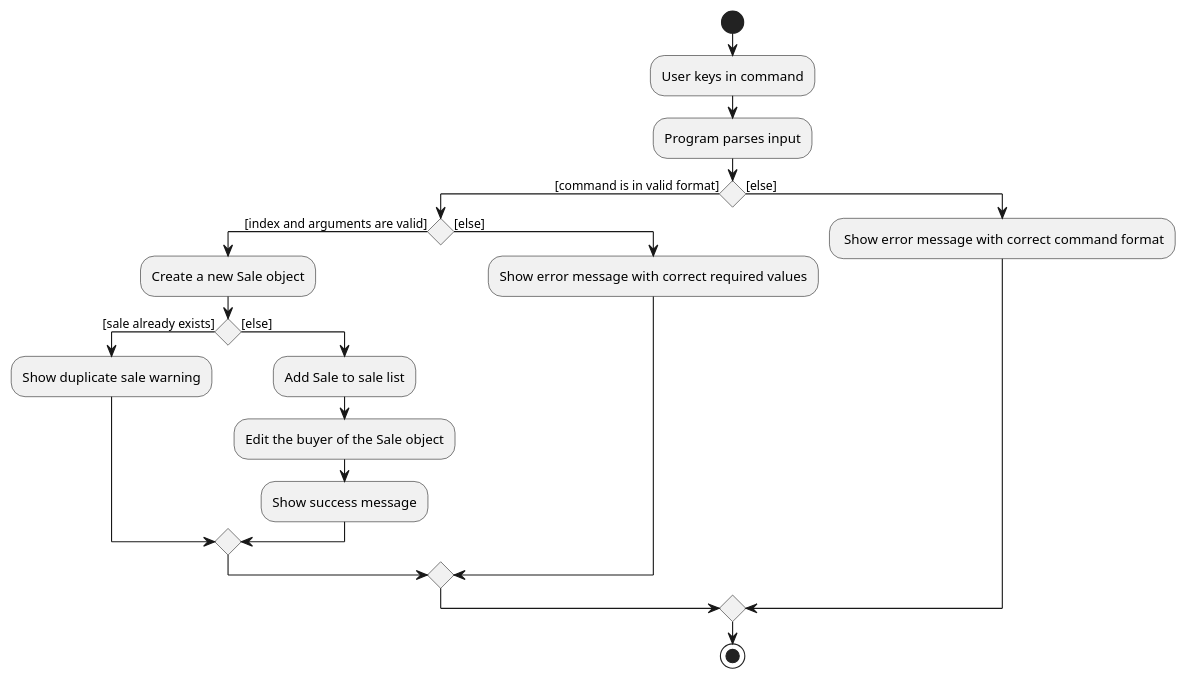
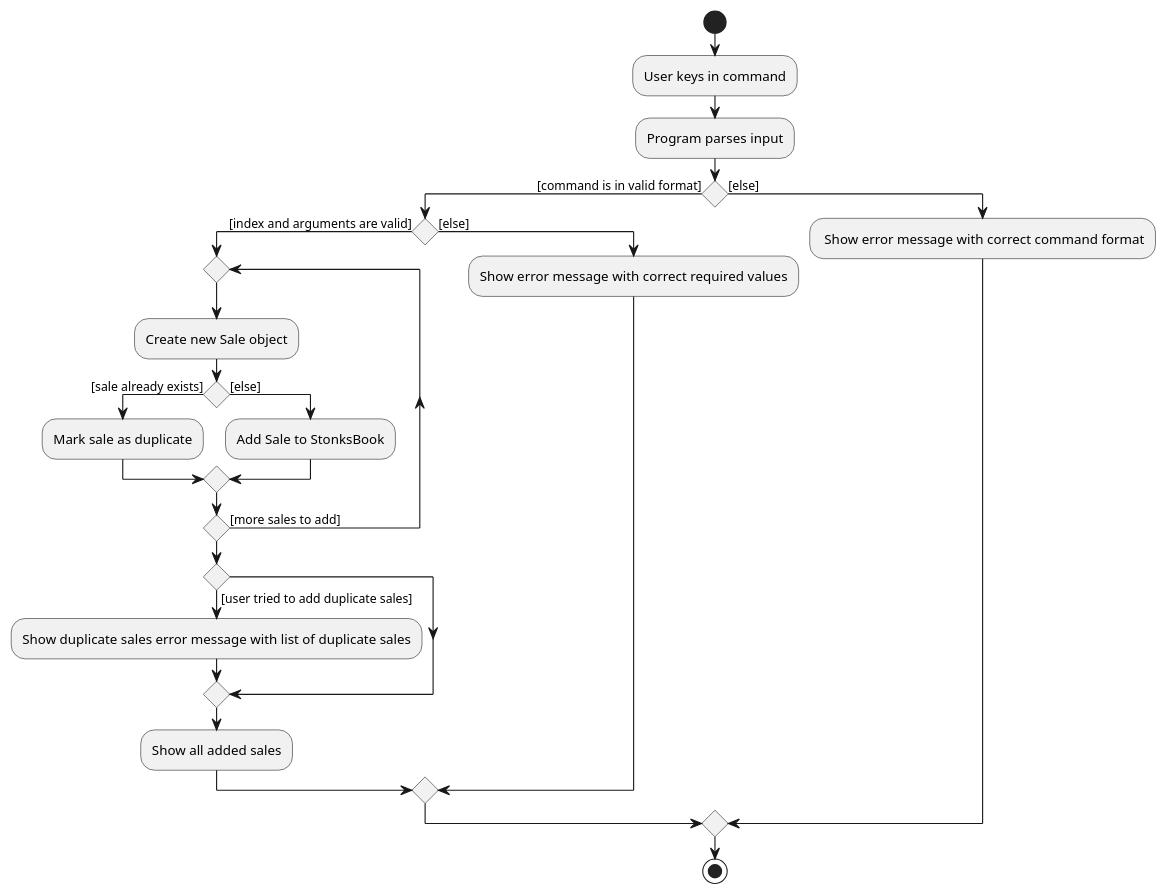
Before and after one commit to sebastiantoh/tp: the diagram in docs/diagrams/AddSaleActivityDiagram.puml, drawn with PlantUML. The commit also changed 2 other files, not shown here.

Commit message:
Update error handling docs for sale add

```diff
--- a/docs/diagrams/AddSaleActivityDiagram.puml
+++ b/docs/diagrams/AddSaleActivityDiagram.puml
@@ -1,28 +1,32 @@
 @startuml
 start
 :User keys in command;
 
 'Since the beta syntax does not support placing the condition outside the
 'diamond we place it as the true branch instead.
 
 :Program parses input;
 
 if () then ([command is in valid format])
     if () then ([index and arguments are valid])
-        :Create a new Sale object;
-        if () then ([sale already exists])
-            :Show duplicate sale warning;
-        else ([else])
-            :Add Sale to sale list;
-            :Edit the buyer of the Sale object;
-            :Show success message;
+        repeat
+            :Create new Sale object;
+            if () then ([sale already exists])
+                :Mark sale as duplicate;
+            else ([else])
+                :Add Sale to StonksBook;
+            endif
+        repeat while () is ([more sales to add])
+        if () then ([user tried to add duplicate sales])
+            :Show duplicate sales error message with list of duplicate sales;
         endif
+        :Show all added sales;
     else ([else])
         :Show error message with correct required values;
     endif
 else ([else])
     : Show error message with correct command format;
 endif
 
 stop
 @enduml
```
